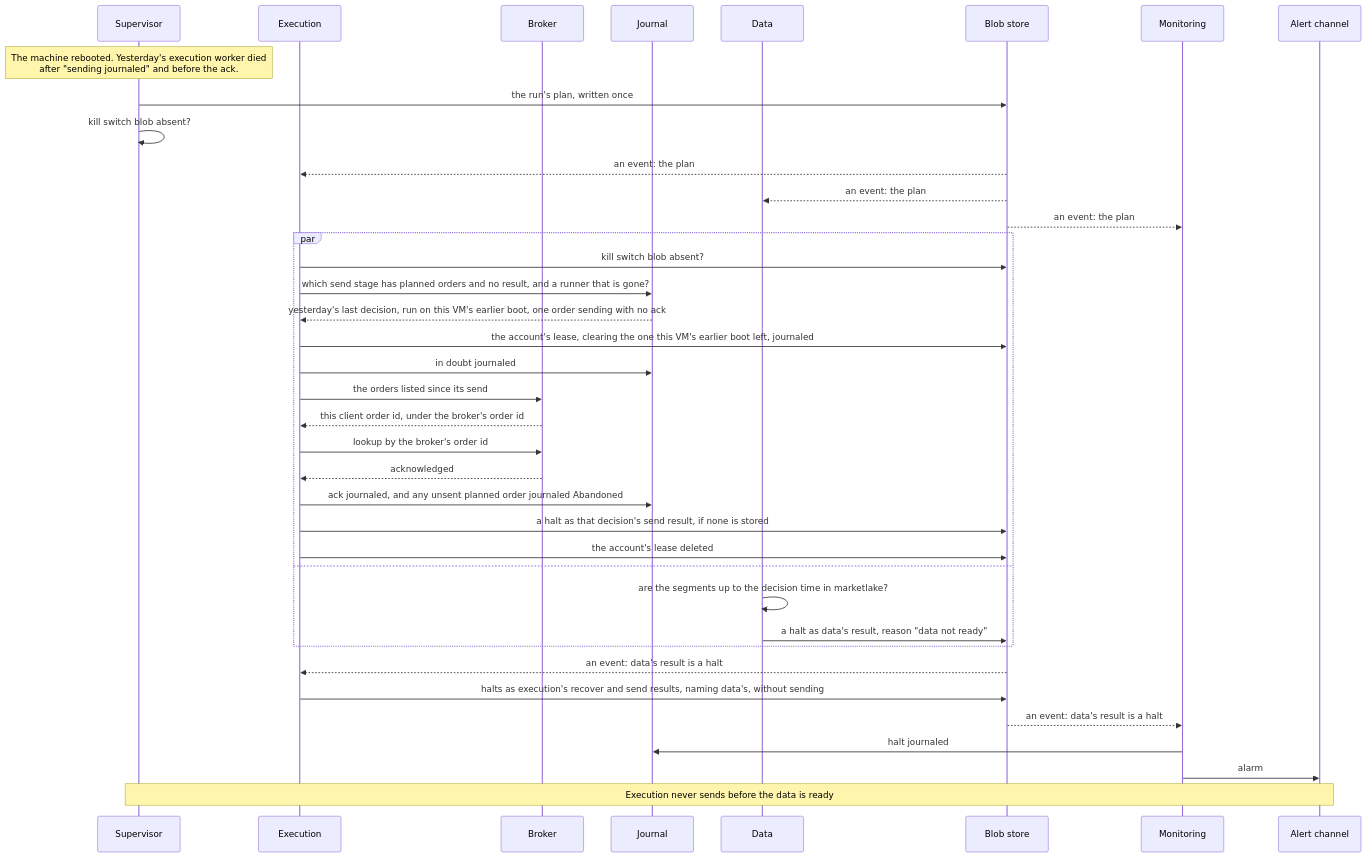
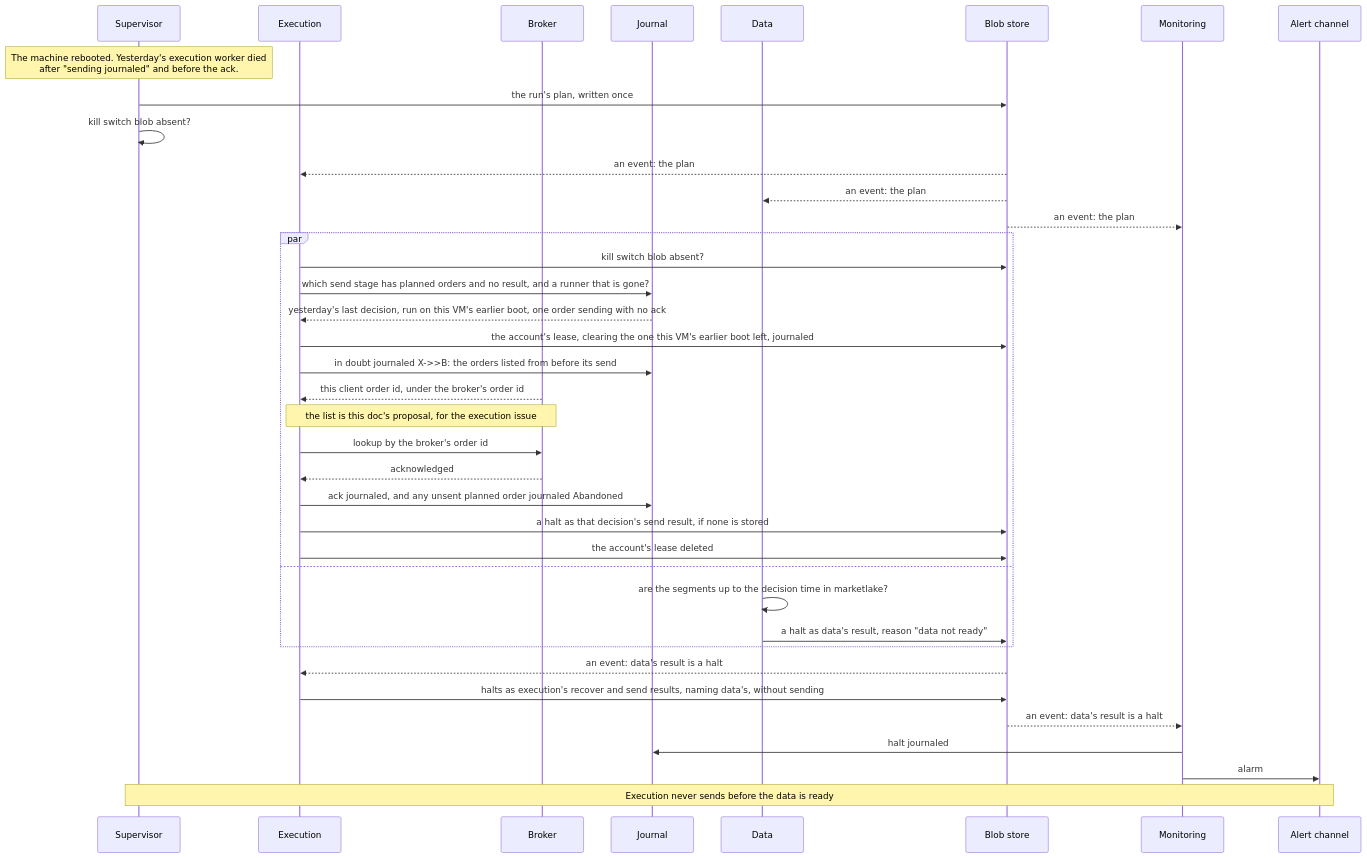
One commit to l3a0/ithildin-runtime changed diagram 22 of 34 in docs/architecture.md. Above: the diagram before and after it, drawn with Mermaid. The commit also changed other lines of this file and 3 other files, not shown here.

````diff
--- a/docs/architecture.md
+++ b/docs/architecture.md
@@ -1239,41 +1240,41 @@
 ```mermaid
 sequenceDiagram
     participant V as Supervisor
     participant X as Execution
     participant B as Broker
     participant J as Journal
     participant D as Data
     participant F as Blob store
     participant M as Monitoring
     participant L as Alert channel
 
     Note over V: The machine rebooted. Yesterday's execution worker died<br/>after "sending journaled" and before the ack.
     V->>F: the run's plan, written once
     V->>V: kill switch blob absent?
     F-->>X: an event: the plan
     F-->>D: an event: the plan
     F-->>M: an event: the plan
     par
         X->>F: kill switch blob absent?
         X->>J: which send stage has planned orders and no result, and a runner that is gone?
         J-->>X: yesterday's last decision, run on this VM's earlier boot, one order sending with no ack
         X->>F: the account's lease, clearing the one this VM's earlier boot left, journaled
-        X->>J: in doubt journaled
-        X->>B: the orders listed since its send
+        X->>J: in doubt journaled        X->>B: the orders listed from before its send
         B-->>X: this client order id, under the broker's order id
+        Note over X,B: the list is this doc's proposal, for the execution issue
         X->>B: lookup by the broker's order id
         B-->>X: acknowledged
         X->>J: ack journaled, and any unsent planned order journaled Abandoned
         X->>F: a halt as that decision's send result, if none is stored
         X->>F: the account's lease deleted
     and
         D->>D: are the segments up to the decision time in marketlake?
         D->>F: a halt as data's result, reason "data not ready"
     end
     F-->>X: an event: data's result is a halt
     X->>F: halts as execution's recover and send results, naming data's, without sending
     F-->>M: an event: data's result is a halt
     M->>J: halt journaled
     M->>L: alarm
     Note over V,L: Execution never sends before the data is ready
 ```
````
